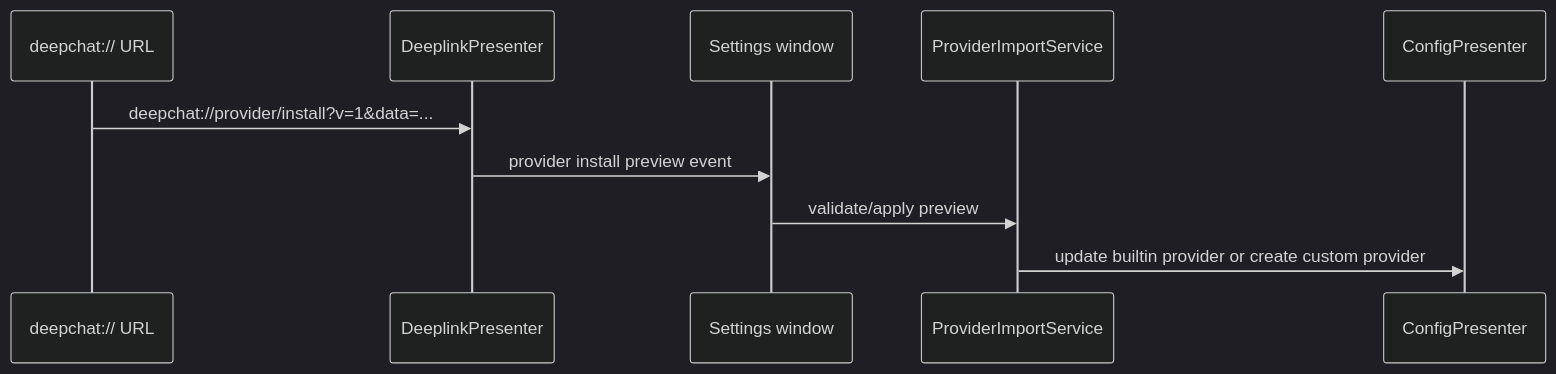
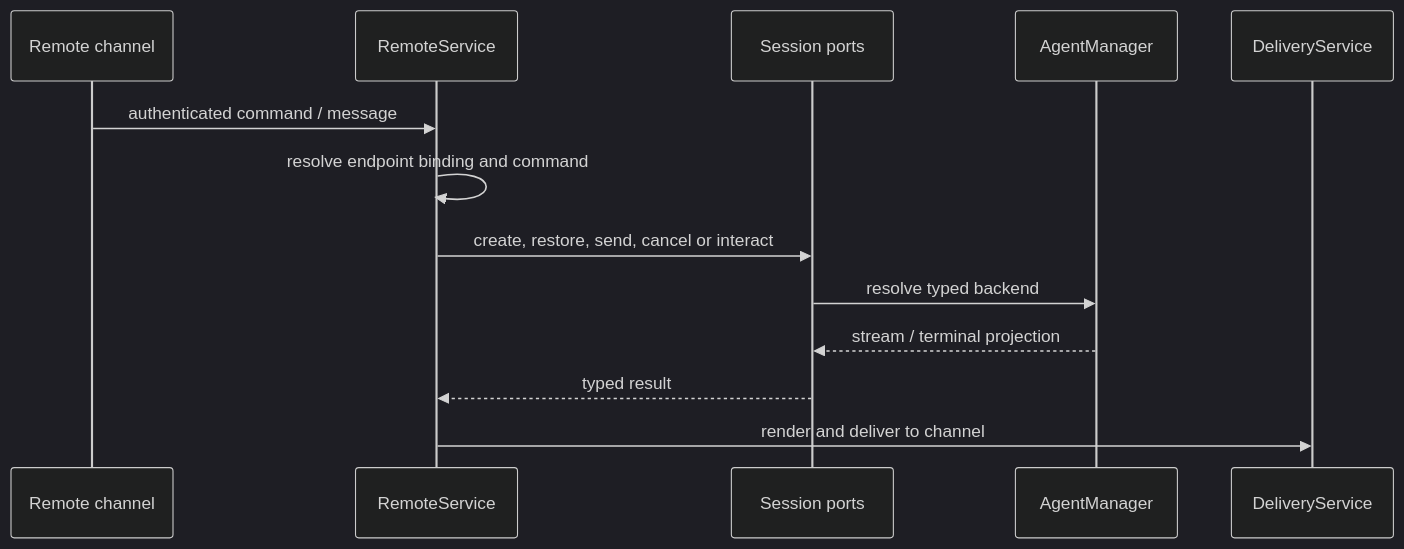
Before and after one commit to zerob13/deepchat: the eighth of 8 diagrams in docs/FLOWS.md, drawn with Mermaid (dark theme). The commit also changed other lines of this file and 1922 other files, not shown here.

First line of the commit message:
refactor(main): realign process architecture (#1987)

````diff
--- a/docs/FLOWS.md
+++ b/docs/FLOWS.md
@@ -210,13 +169,16 @@
 ```mermaid
 sequenceDiagram
-    participant OS as deepchat:// URL
-    participant D as DeeplinkPresenter
-    participant W as Settings window
-    participant P as ProviderImportService
-    participant C as ConfigPresenter
+    participant C as Remote channel
+    participant R as RemoteService
+    participant S as Session ports
+    participant A as AgentManager
+    participant D as DeliveryService
 
-    OS->>D: deepchat://provider/install?v=1&data=...
-    D->>W: provider install preview event
-    W->>P: validate/apply preview
-    P->>C: update builtin provider or create custom provider
+    C->>R: authenticated command / message
+    R->>R: resolve endpoint binding and command
+    R->>S: create, restore, send, cancel or interact
+    S->>A: resolve typed backend
+    A-->>S: stream / terminal projection
+    S-->>R: typed result
+    R->>D: render and deliver to channel
 ```
````
